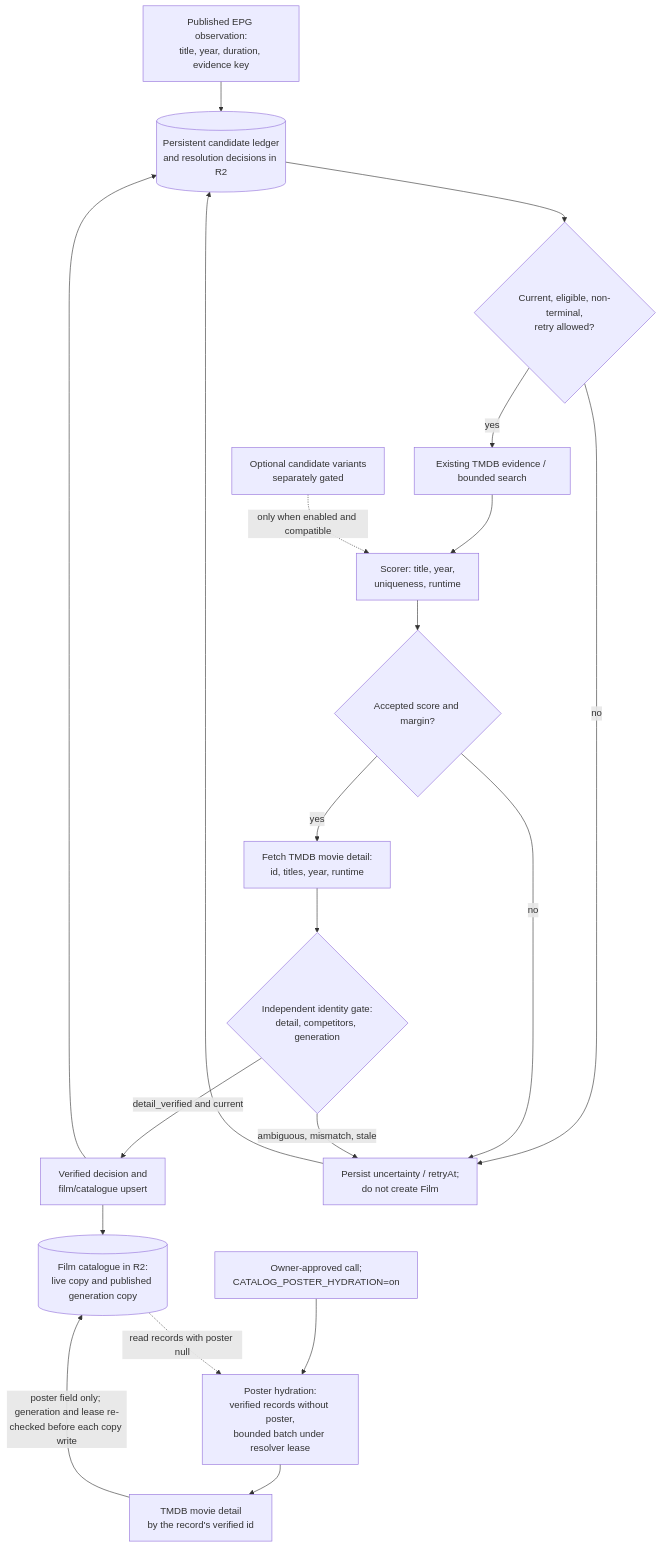
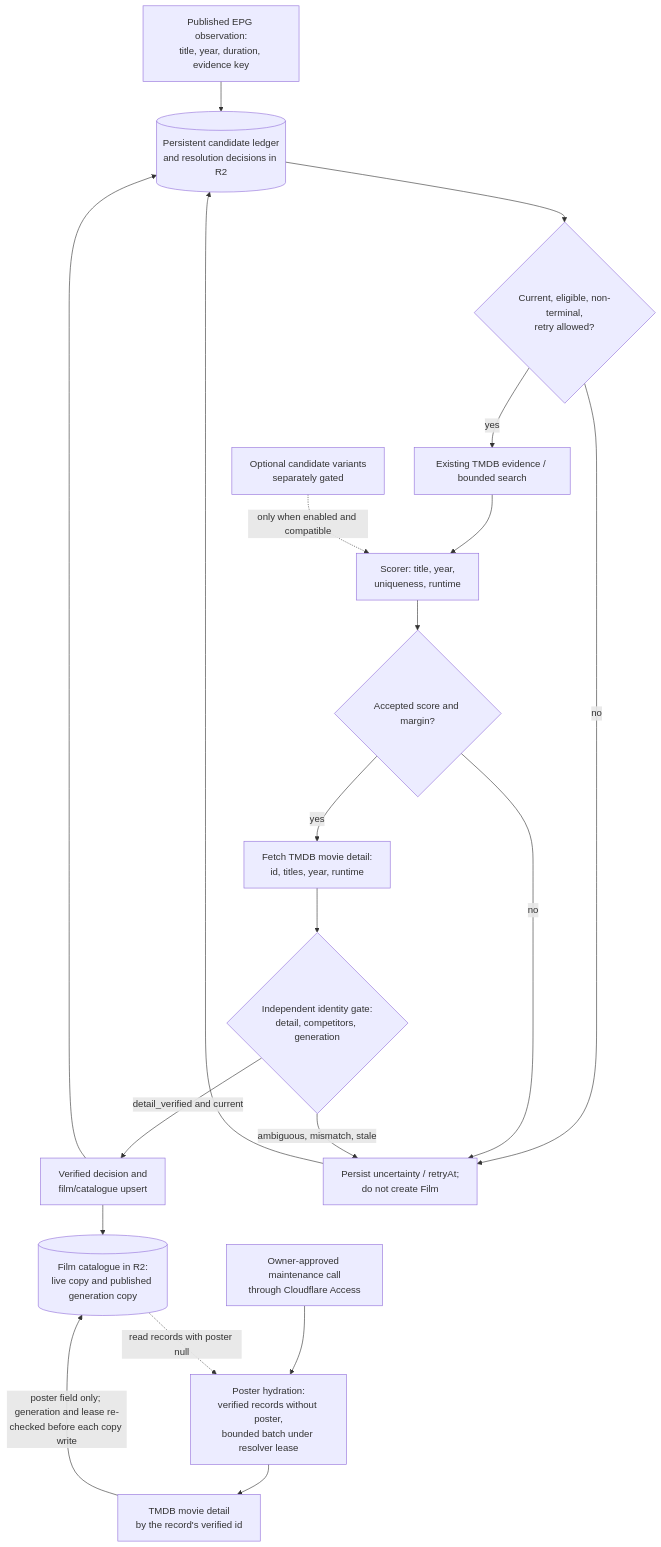
The diagram in docs/architecture/discovery-and-resolution.md (vladimino/iptv-watchlist), drawn with Mermaid before and after one commit. The commit also changed other lines of this file and 10 other files, not shown here.

First line of the commit message:
AIR-228: retire CATALOG_POSTER_HYDRATION; keep poster hydration as a permanent maintenance route

````diff
--- a/docs/architecture/discovery-and-resolution.md
+++ b/docs/architecture/discovery-and-resolution.md
@@ -5,34 +5,34 @@
 ```mermaid
 flowchart TD
     epg["Published EPG observation:<br/>title, year, duration, evidence key"]
     ledger[("Persistent candidate ledger<br/>and resolution decisions in R2")]
     eligible{"Current, eligible, non-terminal,<br/>retry allowed?"}
     search["Existing TMDB evidence / bounded search"]
     variants["Optional candidate variants<br/>separately gated"]
     scorer["Scorer: title, year,<br/>uniqueness, runtime"]
     score{"Accepted score and margin?"}
     detail["Fetch TMDB movie detail:<br/>id, titles, year, runtime"]
     gate{"Independent identity gate:<br/>detail, competitors, generation"}
     writer["Verified decision and<br/>film/catalogue upsert"]
     unresolved["Persist uncertainty / retryAt;<br/>do not create Film"]
     catalogue[("Film catalogue in R2:<br/>live copy and published generation copy")]
-    owner["Owner-approved call;<br/>CATALOG_POSTER_HYDRATION=on"]
+    owner["Owner-approved maintenance call<br/>through Cloudflare Access"]
     hydrate["Poster hydration:<br/>verified records without poster,<br/>bounded batch under resolver lease"]
     posterdetail["TMDB movie detail<br/>by the record's verified id"]
     epg --> ledger --> eligible
     eligible -->|no| unresolved
     eligible -->|yes| search --> scorer
     variants -.->|only when enabled and compatible| scorer
     scorer --> score
     score -->|no| unresolved
     score -->|yes| detail --> gate
     gate -->|detail_verified and current| writer
     gate -->|ambiguous, mismatch, stale| unresolved
     writer --> ledger
     writer --> catalogue
     unresolved --> ledger
     owner --> hydrate
     catalogue -.->|read records with poster null| hydrate
     hydrate --> posterdetail
     posterdetail -->|poster field only; generation and lease re-checked before each copy write| catalogue
 ```
````
